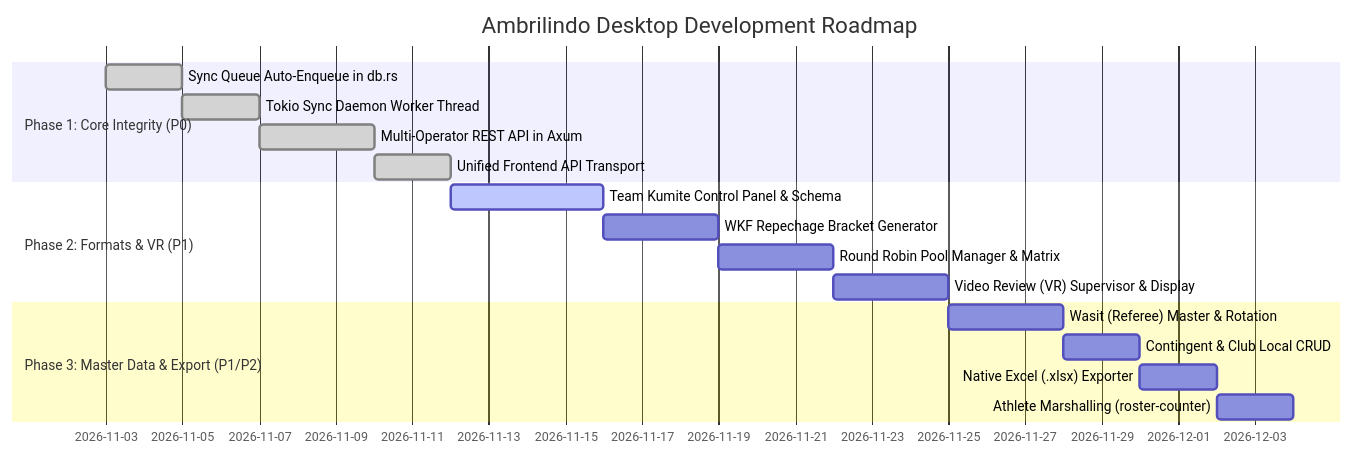
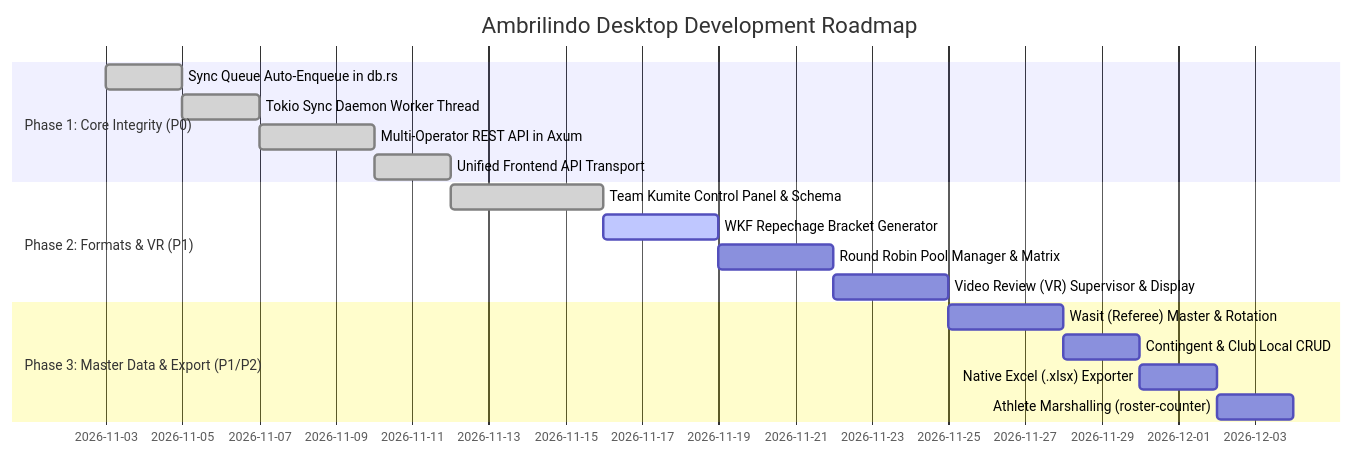
One commit to wellyfishy/ambrilindo_desktop changed the diagram in PRD_AMBRILINDO_DESKTOP.md. Above: the diagram before and after it, drawn with Mermaid. The commit also changed other lines of this file, not shown here.

````diff
--- a/PRD_AMBRILINDO_DESKTOP.md
+++ b/PRD_AMBRILINDO_DESKTOP.md
@@ -297,22 +297,22 @@
 ```mermaid
 gantt
     title Ambrilindo Desktop Development Roadmap
     dateFormat  YYYY-MM-DD
     section Phase 1: Core Integrity (P0)
     Sync Queue Auto-Enqueue in db.rs       :done, 2026-11-03, 2d
     Tokio Sync Daemon Worker Thread        :done, 2026-11-05, 2d
     Multi-Operator REST API in Axum        :done, 2026-11-07, 3d
     Unified Frontend API Transport         :done, 2026-11-10, 2d
 
     section Phase 2: Formats & VR (P1)
-    Team Kumite Control Panel & Schema     :active, 2026-11-12, 4d
-    WKF Repechage Bracket Generator        :2026-11-16, 3d
+    Team Kumite Control Panel & Schema     :done, 2026-11-12, 4d
+    WKF Repechage Bracket Generator        :active, 2026-11-16, 3d
     Round Robin Pool Manager & Matrix      :2026-11-19, 3d
     Video Review (VR) Supervisor & Display :2026-11-22, 3d
 
     section Phase 3: Master Data & Export (P1/P2)
     Wasit (Referee) Master & Rotation      :2026-11-25, 3d
     Contingent & Club Local CRUD           :2026-11-28, 2d
     Native Excel (.xlsx) Exporter          :2026-11-30, 2d
     Athlete Marshalling (roster-counter)   :2026-12-02, 2d
 ```
````
